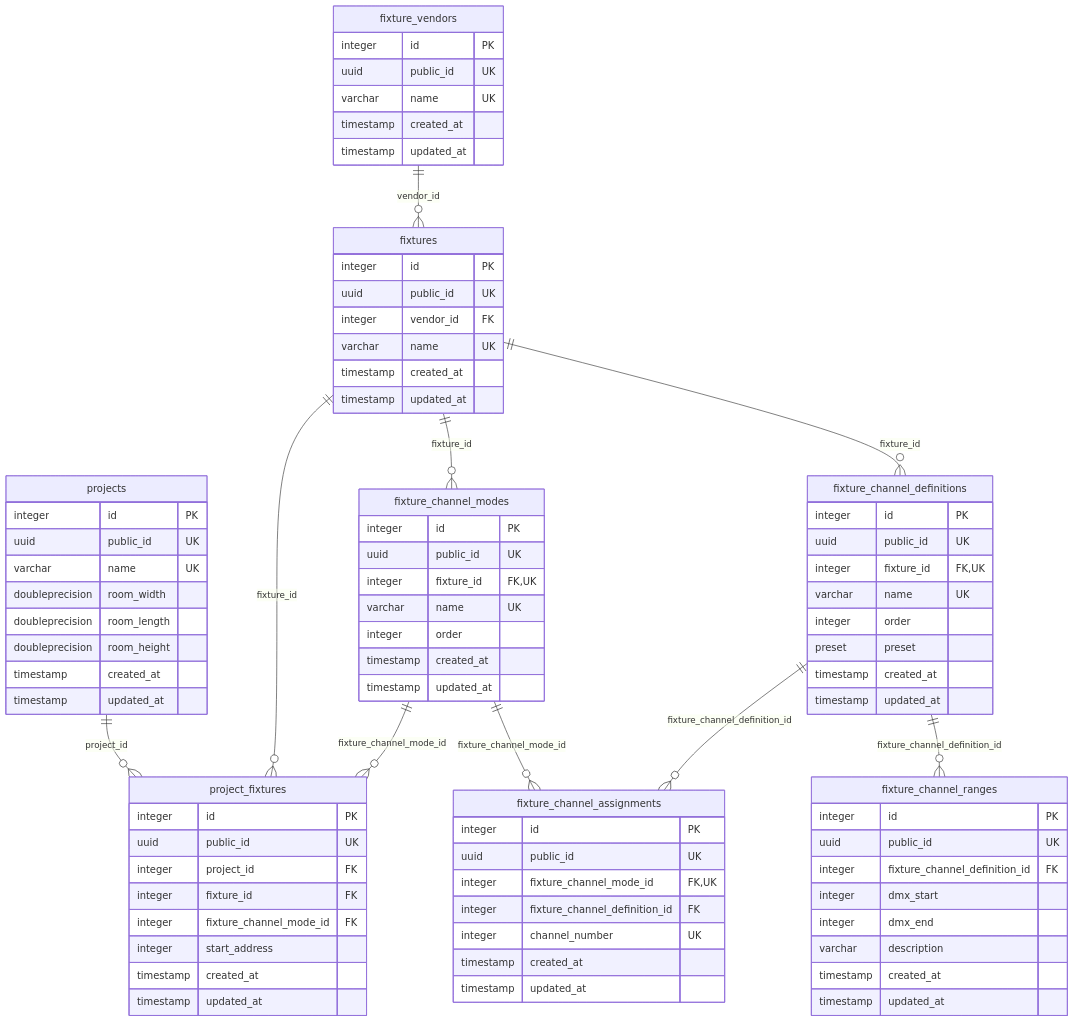
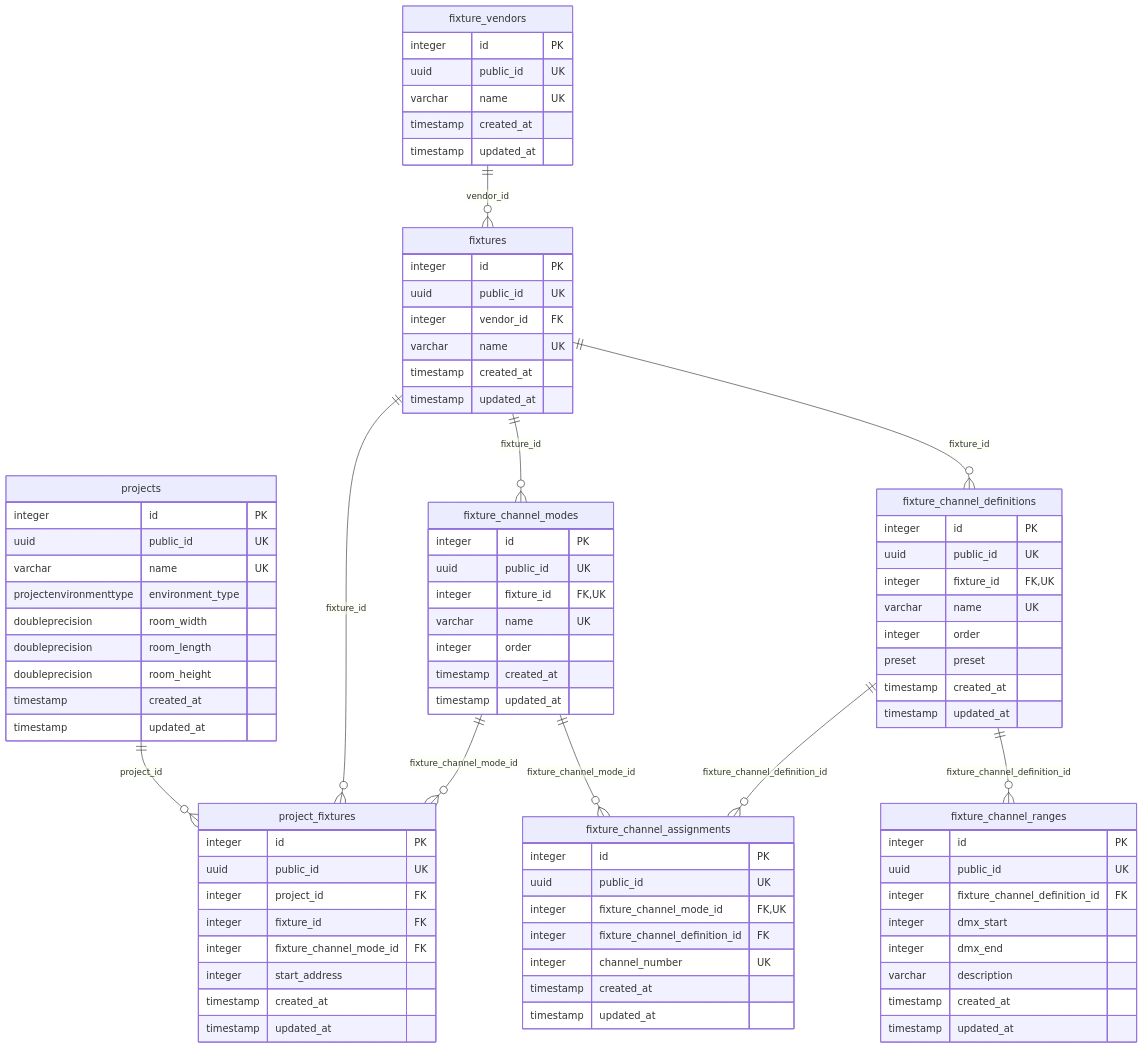
The diagram in apps/backend/docs/database-schema.md (hsimpson/dmx-light-control), drawn with Mermaid before and after one commit. The commit also changed 46 other files, not shown here.

```diff
--- a/apps/backend/docs/database-schema.md
+++ b/apps/backend/docs/database-schema.md
@@ -70,6 +70,7 @@
         integer id PK
         uuid public_id UK
         varchar name UK
+        projectenvironmenttype environment_type
         doubleprecision room_width
         doubleprecision room_length
         doubleprecision room_height
```
